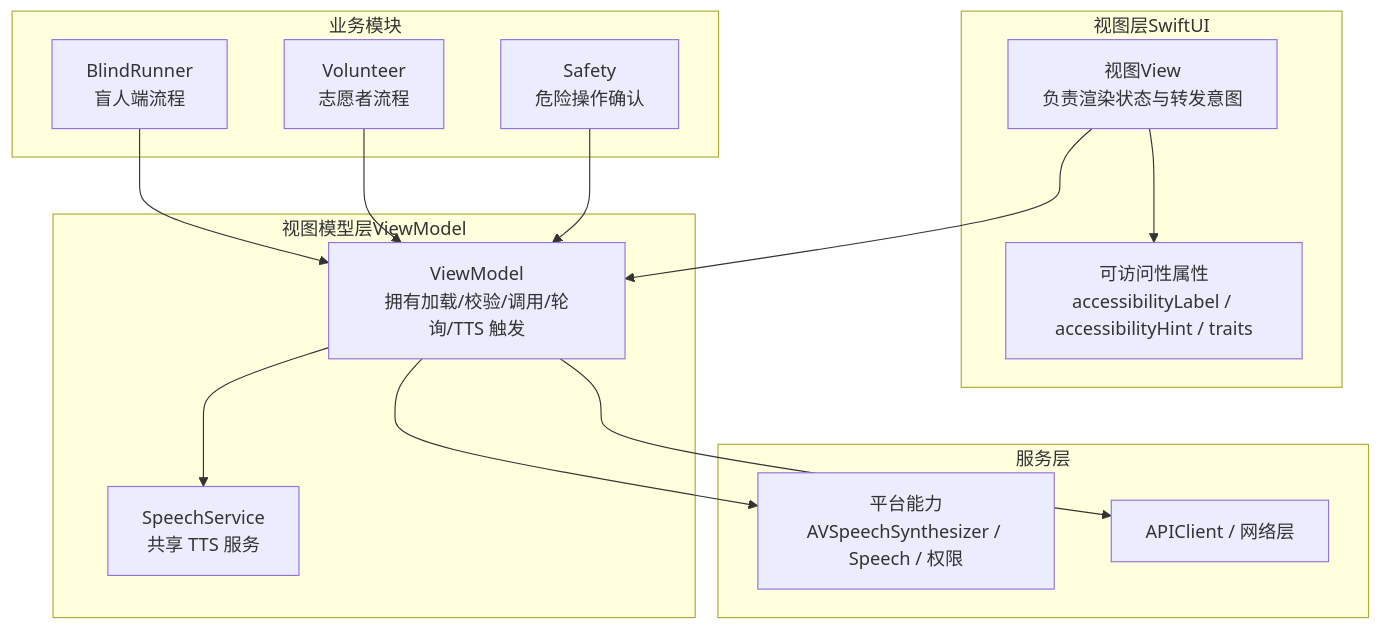
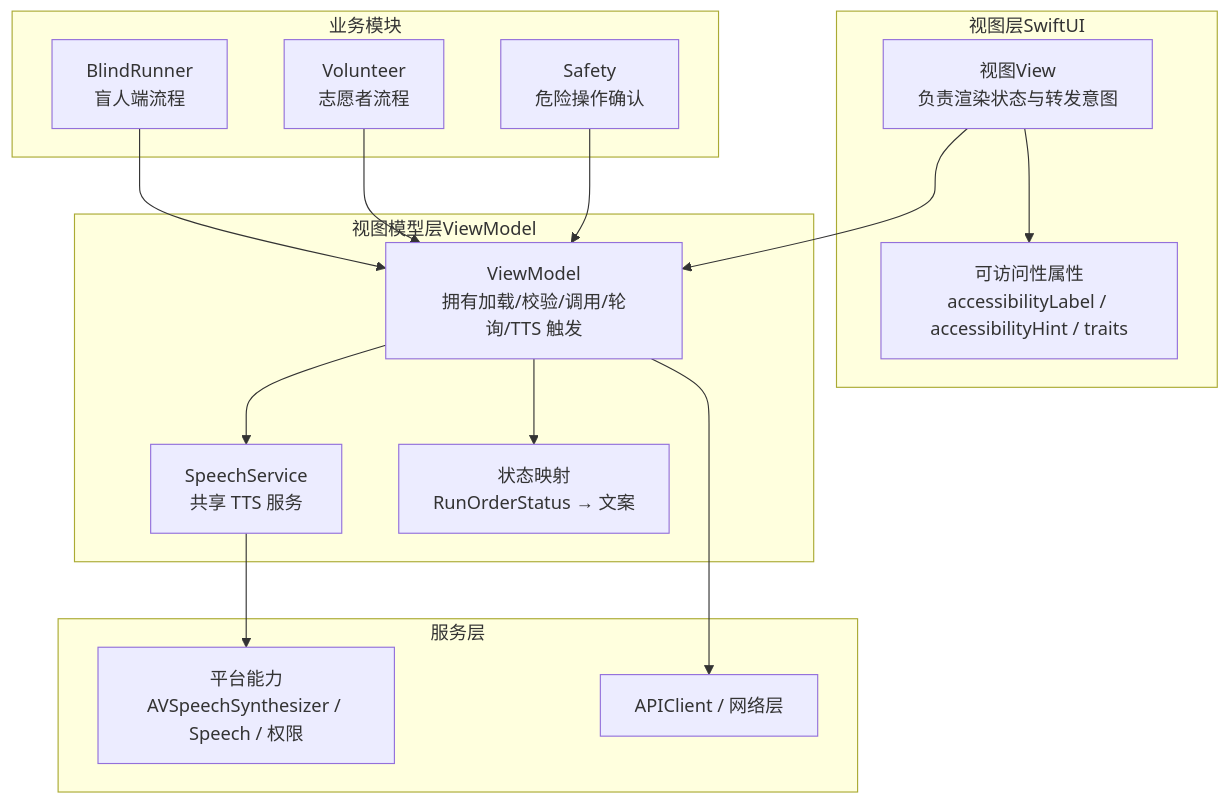
One commit to Jayden23018/blind-run-ios changed the second of 7 diagrams in .qoder/repowiki/zh/content/架构设计/无障碍集成设计.md. Above: the diagram before and after it, drawn with Mermaid. The commit also changed other lines of this file and 35 other files, not shown here.

Commit message:
Implement backend auth and role-switch flow

````diff
--- a/.qoder/repowiki/zh/content/架构设计/无障碍集成设计.md
+++ b/.qoder/repowiki/zh/content/架构设计/无障碍集成设计.md
@@ -91,28 +104,30 @@
 ```mermaid
 graph TB
 subgraph "视图层SwiftUI"
 Views["视图View<br/>负责渲染状态与转发意图"]
 Accessibility["可访问性属性<br/>accessibilityLabel / accessibilityHint / traits"]
 end
 subgraph "视图模型层ViewModel"
 VM["ViewModel<br/>拥有加载/校验/调用/轮询/TTS 触发"]
 SpeechSvc["SpeechService<br/>共享 TTS 服务"]
+StatusMapping["状态映射<br/>RunOrderStatus → 文案"]
 end
 subgraph "服务层"
 Platform["平台能力<br/>AVSpeechSynthesizer / Speech / 权限"]
 APIService["APIClient / 网络层"]
 end
 subgraph "业务模块"
 BR["BlindRunner<br/>盲人端流程"]
 VOL["Volunteer<br/>志愿者流程"]
 SAFETY["Safety<br/>危险操作确认"]
 end
 Views --> Accessibility
 Views --> VM
 VM --> SpeechSvc
+VM --> StatusMapping
+SpeechSvc --> Platform
 VM --> APIService
-VM --> Platform
 BR --> VM
 VOL --> VM
 SAFETY --> VM
 ```
````
